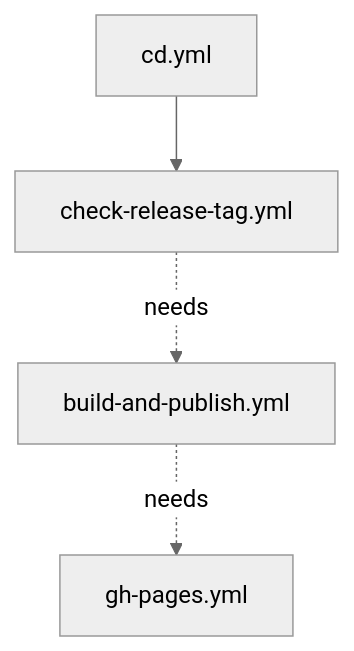
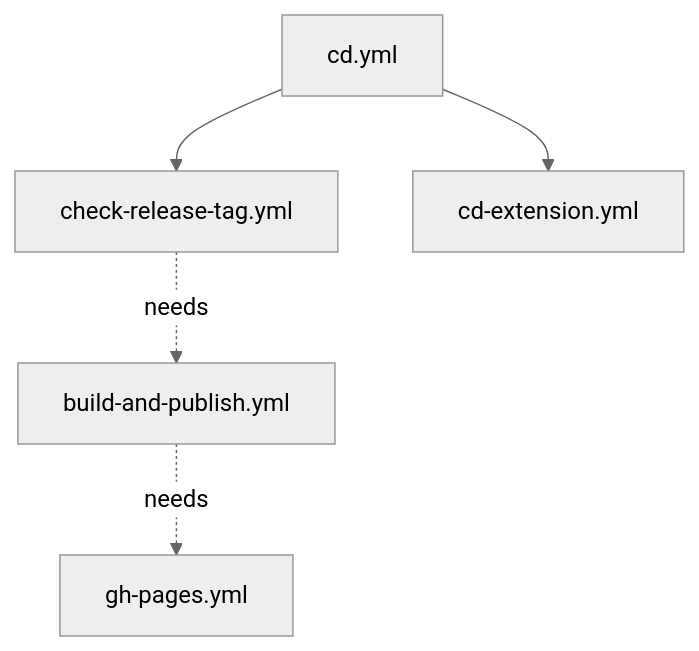
Before and after one commit to exasol/python-toolbox: the third of 4 diagrams in doc/user_guide/features/github_workflows/index.rst, drawn with Mermaid (neutral theme). The commit also changed other lines of this file and 5 other files, not shown here.

```diff
--- a/doc/user_guide/features/github_workflows/index.rst
+++ b/doc/user_guide/features/github_workflows/index.rst
@@ -257,10 +259,11 @@
 .. mermaid::
     :name: release-diagram
 
     graph TD
         %% Workflow Triggers (Solid Lines)
         cd[cd.yml] --> check-release-tag[check-release-tag.yml]
+        cd --> cd-extension[cd-extension.yml]
 
         %% Dependencies / Waiting (Dotted Lines)
         check-release-tag -.->|needs| build-and-publish[build-and-publish.yml]
         build-and-publish -.->|needs| gh-pages[gh-pages.yml]
```
